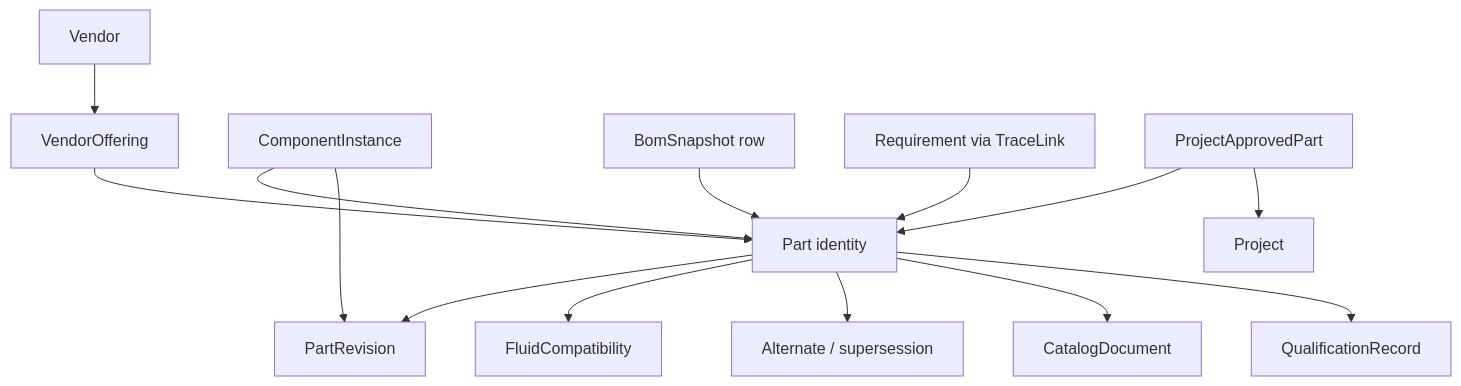
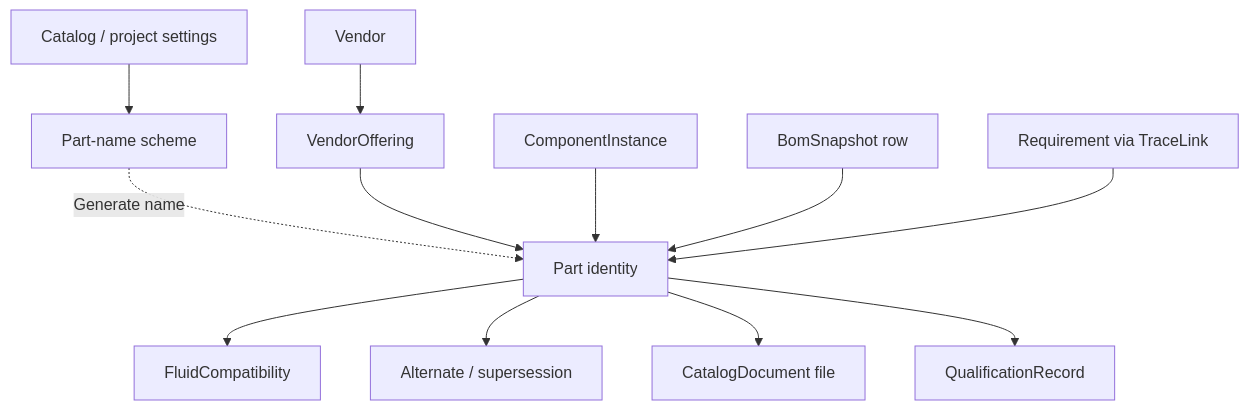
One commit to luiserpenbach/FSDP changed the first of 2 diagrams in docs/part-catalog-concept.md. Above: the diagram before and after it, drawn with Mermaid. The commit also changed other lines of this file, not shown here.

First line of the commit message:
Lock Part Catalog decisions from review.

````diff
--- a/docs/part-catalog-concept.md
+++ b/docs/part-catalog-concept.md
@@ -100,29 +100,27 @@
 ```mermaid
 flowchart TB
+  Settings[Catalog / project settings]
+  Scheme[Part-name scheme]
   Part[Part identity]
-  Rev[PartRevision]
   Vendor[Vendor]
   Offering[VendorOffering]
   Compat[FluidCompatibility]
   Alt[Alternate / supersession]
-  Doc[CatalogDocument]
+  Doc[CatalogDocument file]
   Qual[QualificationRecord]
   Inst[ComponentInstance]
   Bom[BomSnapshot row]
   Req[Requirement via TraceLink]
-  AVL[ProjectApprovedPart]
 
-  Part --> Rev
+  Settings --> Scheme
+  Scheme -.->|Generate name| Part
   Part --> Compat
   Part --> Alt
   Part --> Doc
   Part --> Qual
   Vendor --> Offering
   Offering --> Part
   Inst --> Part
-  Inst --> Rev
   Bom --> Part
   Req --> Part
-  AVL --> Part
-  AVL --> Project
 ```
````
